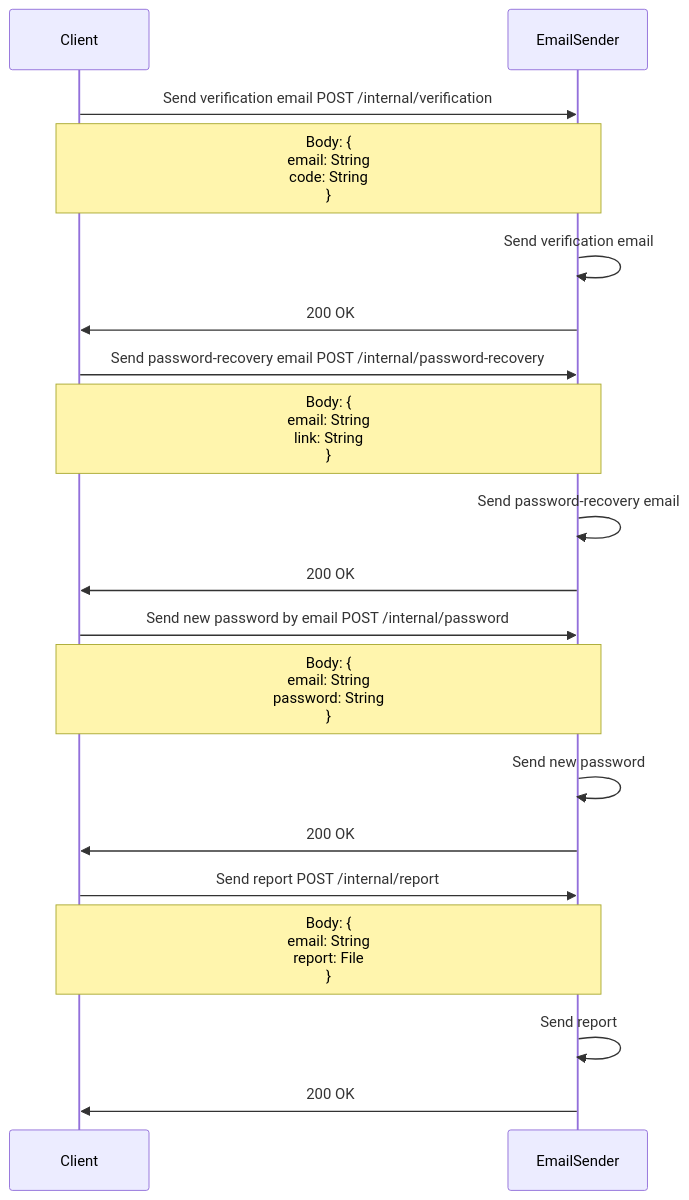
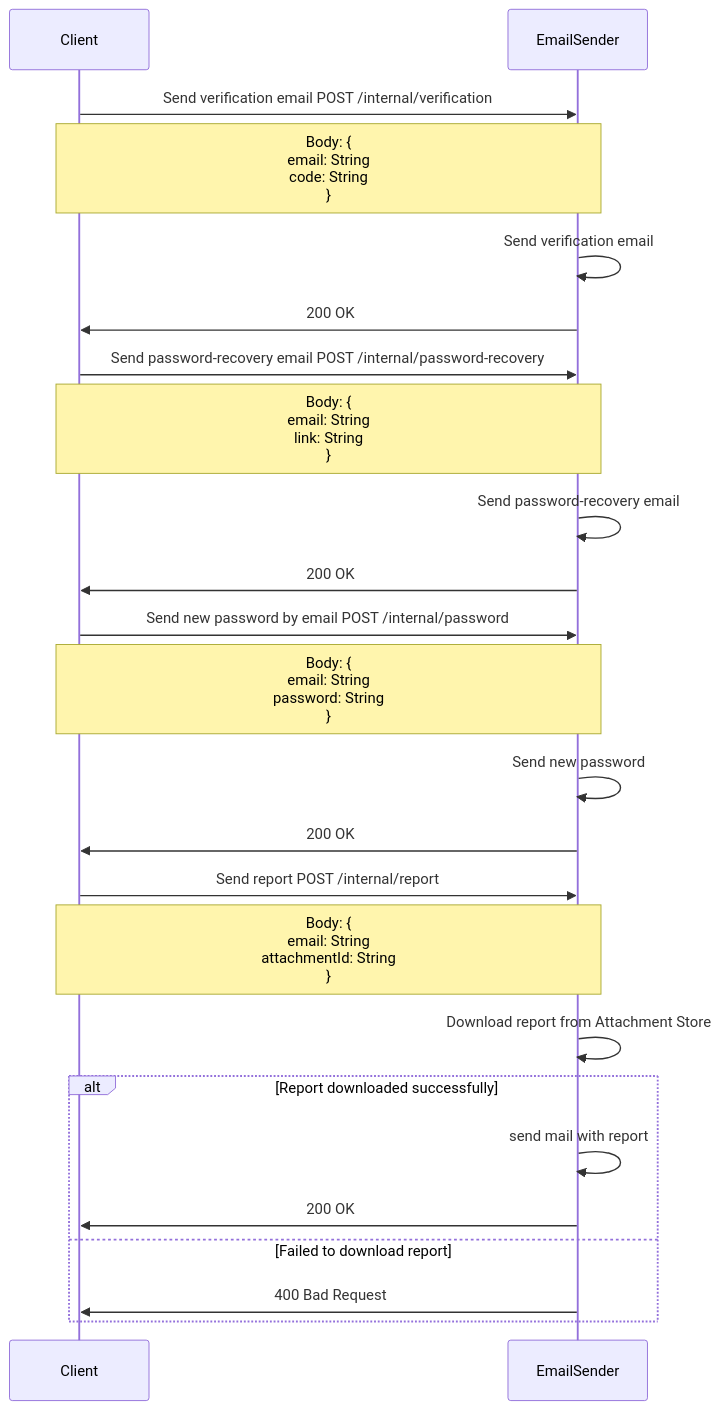
One commit to Group-Expense-Manager/gem-docs changed the third of 11 diagrams in docs/contracts.md. Above: the diagram before and after it, drawn with Mermaid. The commit also changed other lines of this file and 1 other file, not shown here.

````diff
--- a/docs/contracts.md
+++ b/docs/contracts.md
@@ -168,28 +151,33 @@
 ```mermaid
 sequenceDiagram
 
     participant Client
     participant EmailSender
 
     Client->>EmailSender: Send verification email POST /internal/verification
     Note over Client,EmailSender:Body: {<br>email: String <br> code: String<br>}
     EmailSender->>EmailSender:Send verification email
     EmailSender->>Client: 200 OK
 
     Client->>EmailSender: Send password-recovery email POST /internal/password-recovery
     Note over Client,EmailSender:Body: {<br>email: String <br> link: String<br>}
     EmailSender->>EmailSender:Send password-recovery email
     EmailSender->>Client: 200 OK
 
 
     Client->>EmailSender: Send new password by email POST /internal/password
     Note over Client,EmailSender:Body: {<br>email: String <br> password: String<br>}
     EmailSender->>EmailSender:Send new password
     EmailSender->>Client: 200 OK
     
     Client->>EmailSender: Send report POST /internal/report
-    Note over Client,EmailSender:Body: {<br>email: String <br> report: File<br>}
-    EmailSender->>EmailSender:Send report
-    EmailSender->>Client: 200 OK
+    Note over Client,EmailSender:Body: {<br>email: String <br> attachmentId: String<br>}
+    EmailSender->>EmailSender: Download report from Attachment Store
+    alt Report downloaded successfully
+        EmailSender->>EmailSender:  send mail with report
+        EmailSender->>Client: 200 OK
+    else Failed to download report
+        EmailSender->>Client: 400 Bad Request
+    end
     
 ```
````
